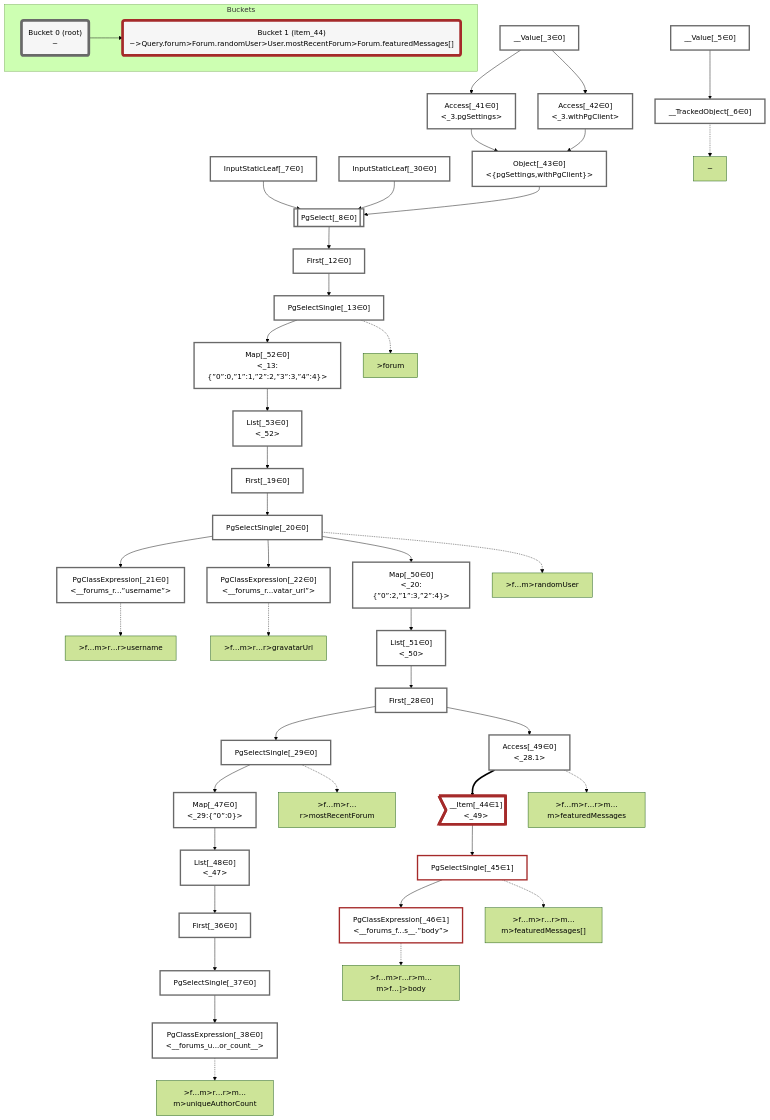
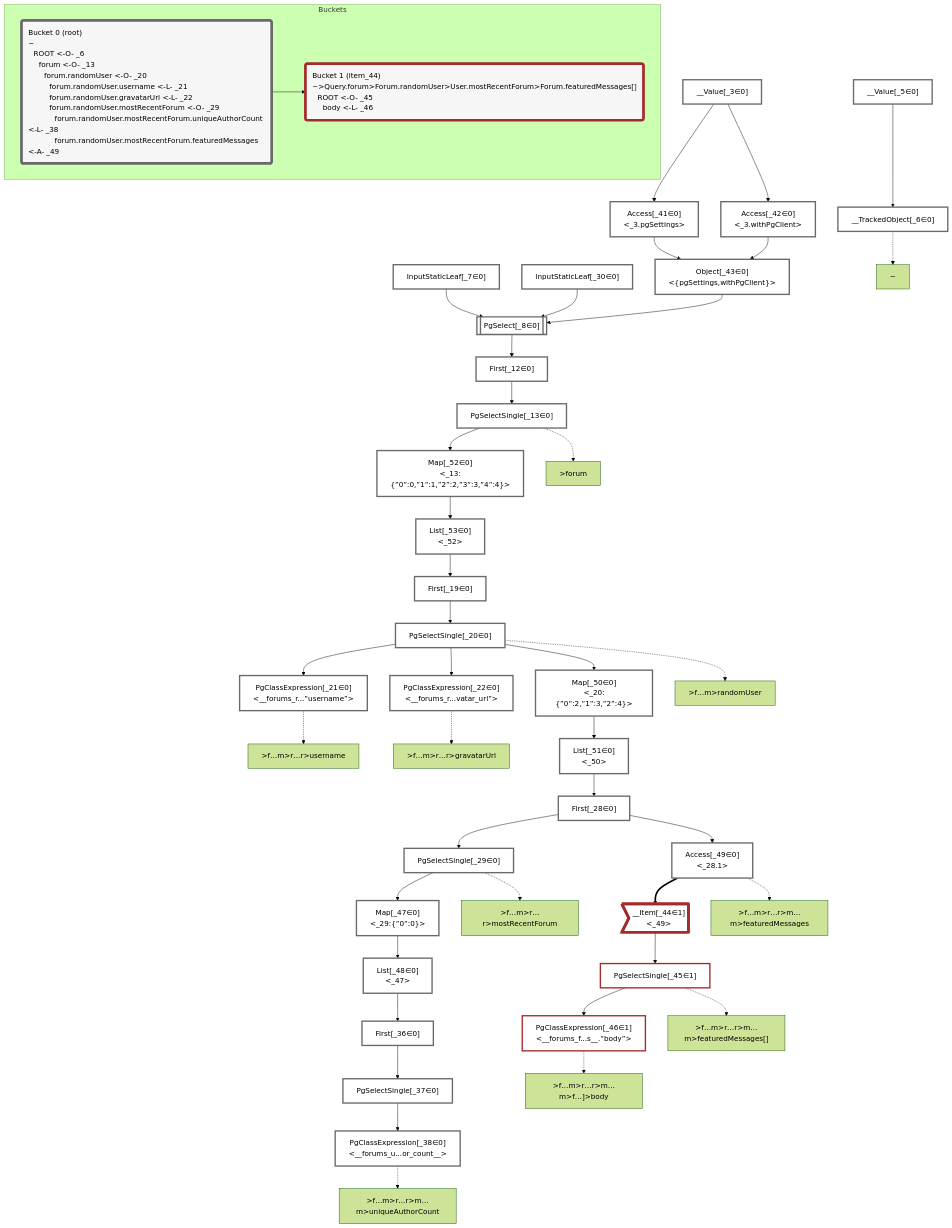
The diagram in packages/dataplan-pg/__tests__/queries/functions/computed-column-combined.mermaid.md (graphile/crystal), drawn with Mermaid (forest theme) before and after one commit. The commit also changed 195 other files, not shown here.

```diff
--- a/packages/dataplan-pg/__tests__/queries/functions/computed-column-combined.mermaid.md
+++ b/packages/dataplan-pg/__tests__/queries/functions/computed-column-combined.mermaid.md
@@ -4,7 +4,7 @@
     classDef plan fill:#fff,stroke-width:3px,color:#000
     classDef itemplan fill:#fff,stroke-width:6px,color:#000
     classDef sideeffectplan fill:#f00,stroke-width:6px,color:#000
-    classDef bucket fill:#f6f6f6,color:#000,stroke-width:6px
+    classDef bucket fill:#f6f6f6,color:#000,stroke-width:6px,text-align:left
 
 
     %% define plans
@@ -99,9 +99,9 @@
     class __Item_44,PgSelectSingle_45,PgClassExpression_46 bucket1
 
     subgraph Buckets
-    Bucket0("Bucket 0 (root)<br />~"):::bucket
+    Bucket0("Bucket 0 (root)<br />~<br />⠀ROOT <-O- _6<br />⠀⠀forum <-O- _13<br />⠀⠀⠀forum.randomUser <-O- _20<br />⠀⠀⠀⠀forum.randomUser.username <-L- _21<br />⠀⠀⠀⠀forum.randomUser.gravatarUrl <-L- _22<br />⠀⠀⠀⠀forum.randomUser.mostRecentForum <-O- _29<br />⠀⠀⠀⠀⠀forum.randomUser.mostRecentForum.uniqueAuthorCount <-L- _38<br />⠀⠀⠀⠀⠀forum.randomUser.mostRecentForum.featuredMessages <-A- _49"):::bucket
     style Bucket0 stroke:#696969
-    Bucket1("Bucket 1 (item_44)<br />~>Query.forum>Forum.randomUser>User.mostRecentForum>Forum.featuredMessages[]"):::bucket
+    Bucket1("Bucket 1 (item_44)<br />~>Query.forum>Forum.randomUser>User.mostRecentForum>Forum.featuredMessages[]<br />⠀ROOT <-O- _45<br />⠀⠀body <-L- _46"):::bucket
     style Bucket1 stroke:#a52a2a
     Bucket0 --> Bucket1
     end
```
